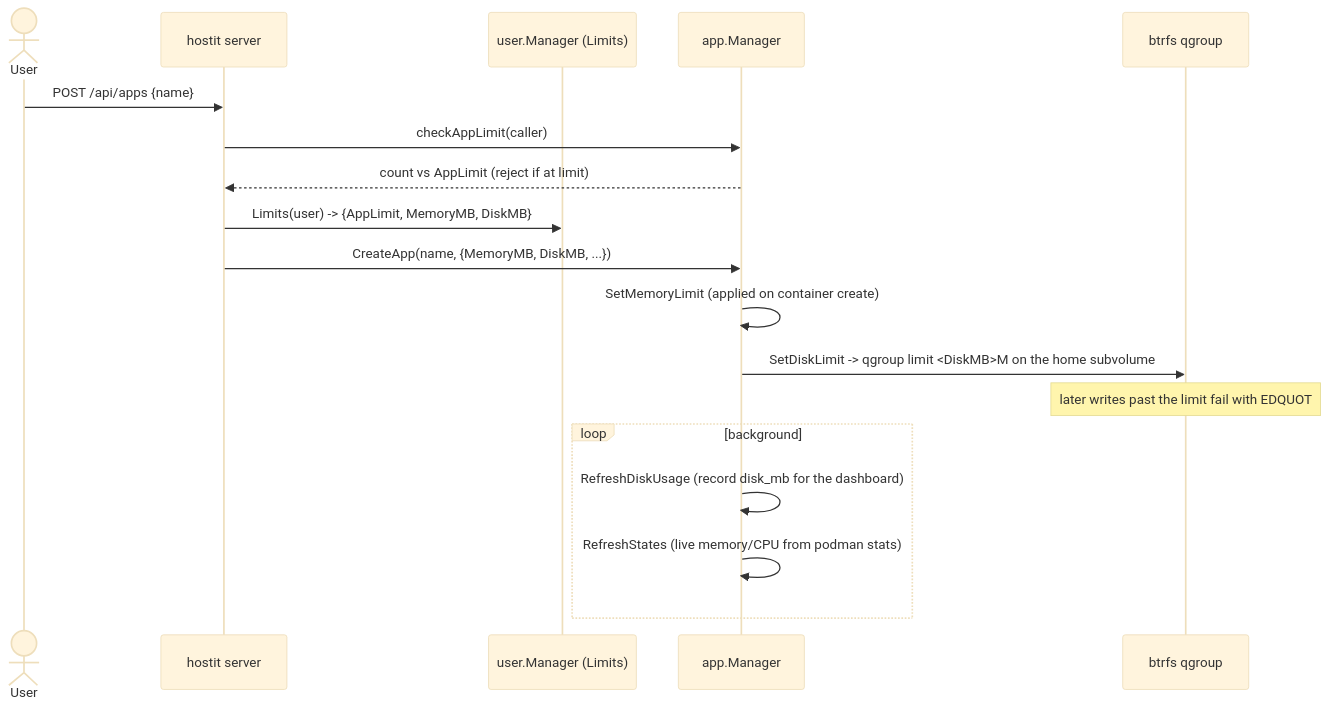
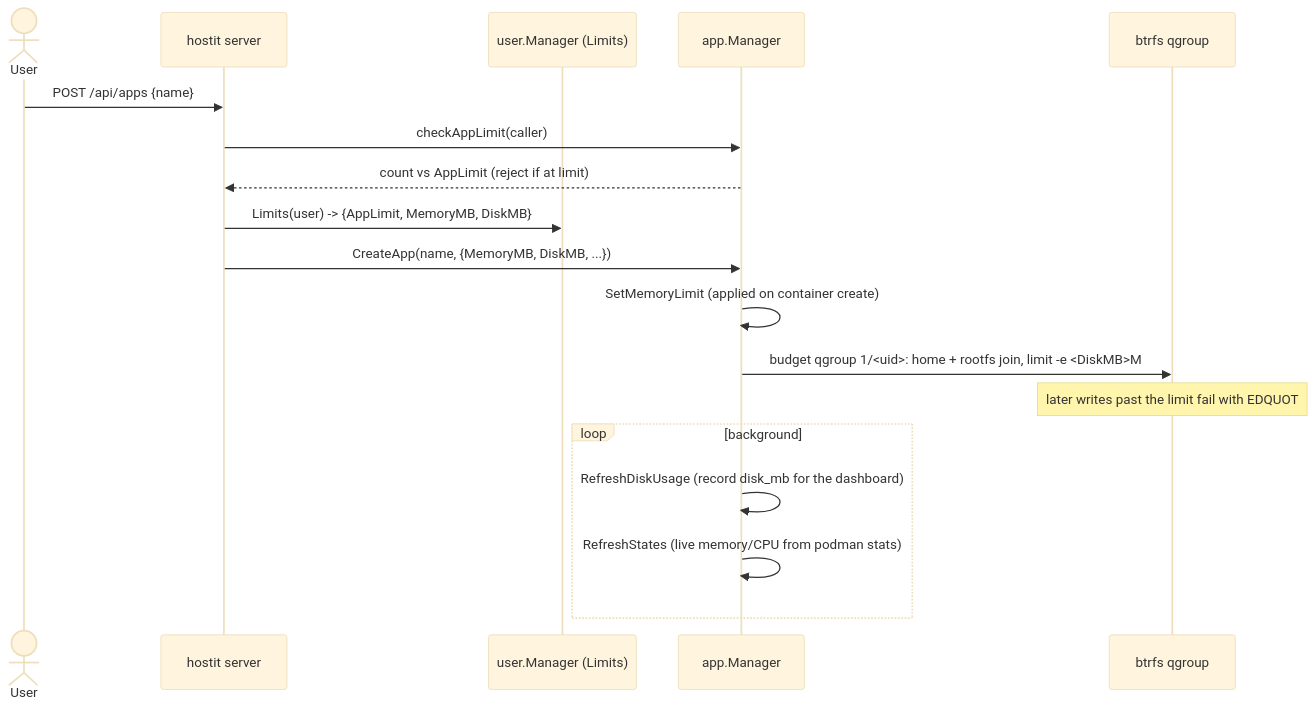
The diagram in docs/features/quotas-limits.md (binwiederhier/hostit), drawn with Mermaid (base theme) before and after one commit. The commit also changed other lines of this file and 20 other files, not shown here.

First line of the commit message:
docs,web,cmd: catch the docs up to rootfs-backed storage and combined disk budgets

````diff
--- a/docs/features/quotas-limits.md
+++ b/docs/features/quotas-limits.md
@@ -44,20 +47,20 @@
 ```mermaid
 sequenceDiagram
     actor User
     participant API as hostit server
     participant UM as user.Manager (Limits)
     participant AM as app.Manager
     participant Btrfs as btrfs qgroup
     User->>API: POST /api/apps {name}
     API->>AM: checkAppLimit(caller)
     AM-->>API: count vs AppLimit (reject if at limit)
     API->>UM: Limits(user) -> {AppLimit, MemoryMB, DiskMB}
     API->>AM: CreateApp(name, {MemoryMB, DiskMB, ...})
     AM->>AM: SetMemoryLimit (applied on container create)
-    AM->>Btrfs: SetDiskLimit -> qgroup limit <DiskMB>M on the home subvolume
+    AM->>Btrfs: budget qgroup 1/<uid>: home + rootfs join, limit -e <DiskMB>M
     Note over Btrfs: later writes past the limit fail with EDQUOT
     loop background
         AM->>AM: RefreshDiskUsage (record disk_mb for the dashboard)
         AM->>AM: RefreshStates (live memory/CPU from podman stats)
     end
 ```
````
